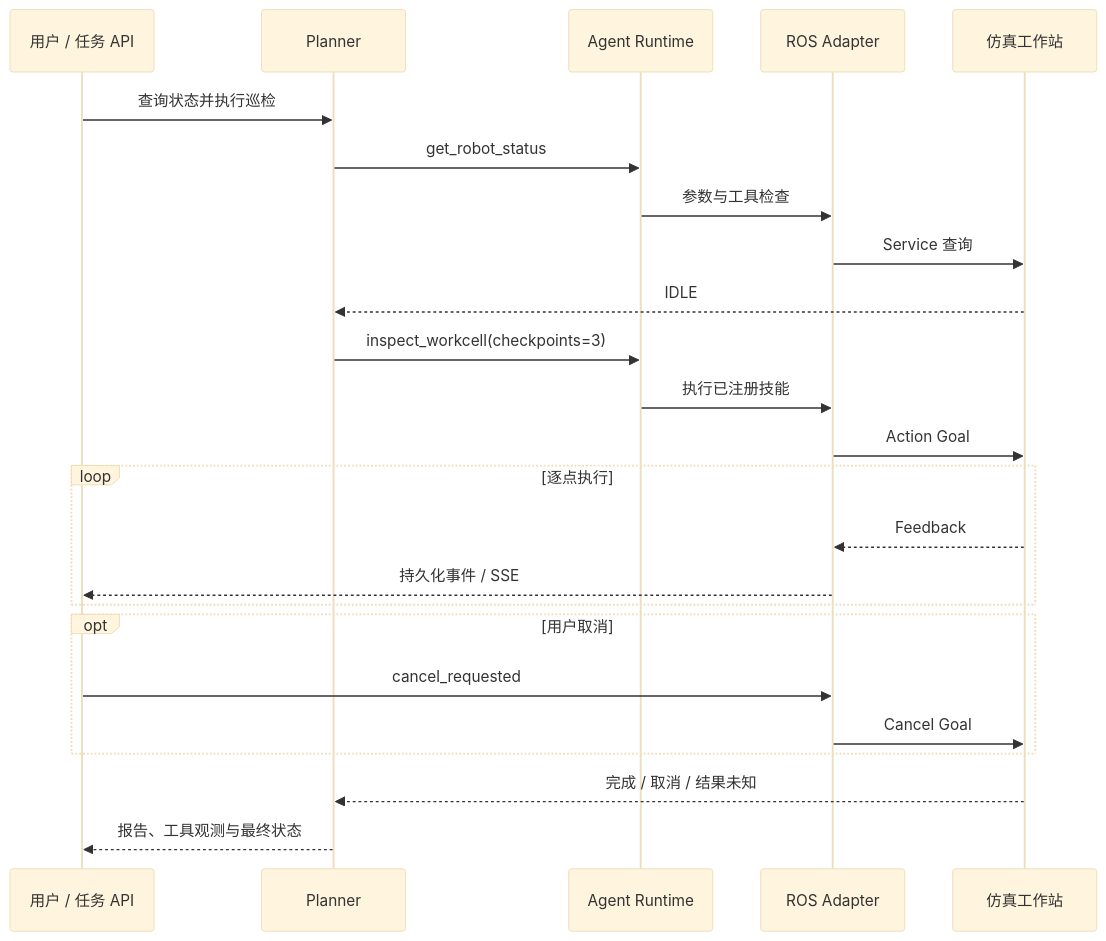
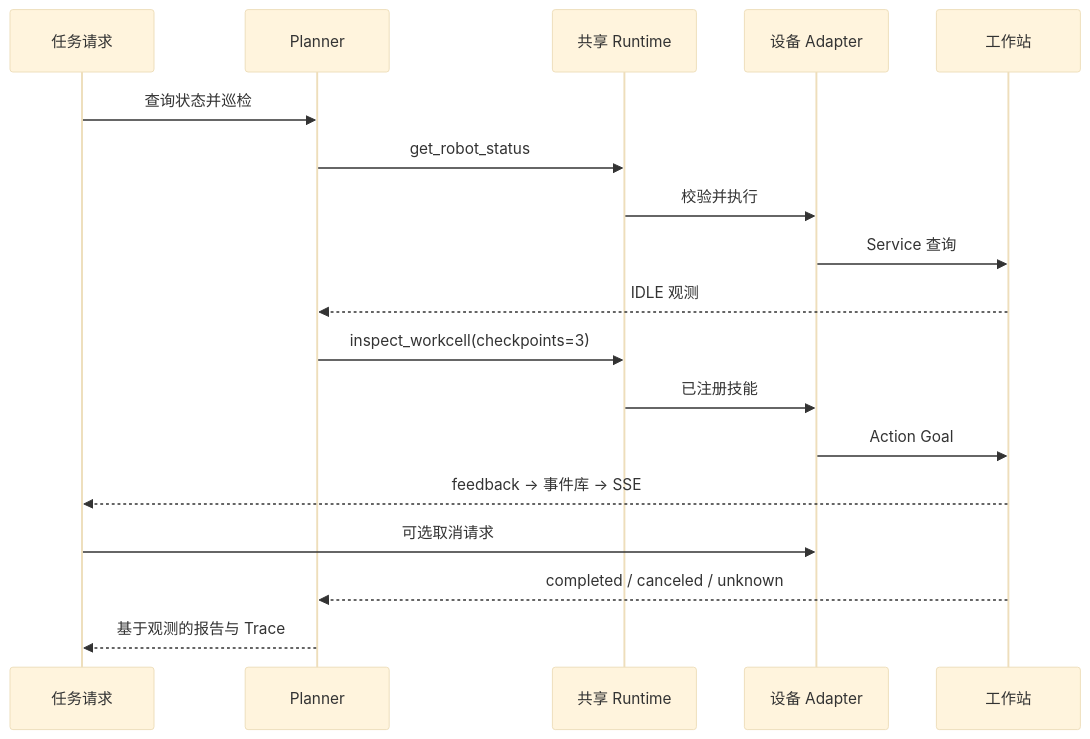
One commit to KristenYue/telecom-network-incident-agent changed the diagram in README.md. Above: the diagram before and after it, drawn with Mermaid (base theme). The commit also changed other lines of this file, not shown here.

````diff
--- a/README.md
+++ b/README.md
@@ -155,31 +44,20 @@
 ```mermaid
 sequenceDiagram
-    participant U as 用户 / 任务 API
+    participant U as 任务请求
     participant P as Planner
-    participant R as Agent Runtime
-    participant A as ROS Adapter
-    participant W as 仿真工作站
-
-    U->>P: 查询状态并执行巡检
+    participant R as 共享 Runtime
+    participant A as 设备 Adapter
+    participant D as 工作站
+    U->>P: 查询状态并巡检
     P->>R: get_robot_status
-    R->>A: 参数与工具检查
-    A->>W: Service 查询
-    W-->>P: IDLE
-
+    R->>A: 校验并执行
+    A->>D: Service 查询
+    D-->>P: IDLE 观测
     P->>R: inspect_workcell(checkpoints=3)
-    R->>A: 执行已注册技能
-    A->>W: Action Goal
-
-    loop 逐点执行
-        W-->>A: Feedback
-        A-->>U: 持久化事件 / SSE
-    end
-
-    opt 用户取消
-        U->>A: cancel_requested
-        A->>W: Cancel Goal
-    end
-
-    W-->>P: 完成 / 取消 / 结果未知
-    P-->>U: 报告、工具观测与最终状态
+    R->>A: 已注册技能
+    A->>D: Action Goal
+    D-->>U: feedback → 事件库 → SSE
+    U->>A: 可选取消请求
+    D-->>P: completed / canceled / unknown
+    P-->>U: 基于观测的报告与 Trace
 ```
````
